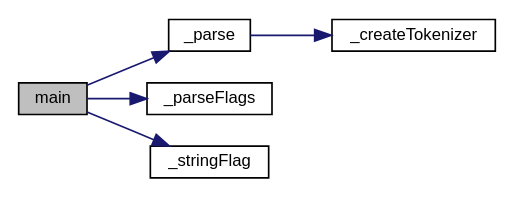
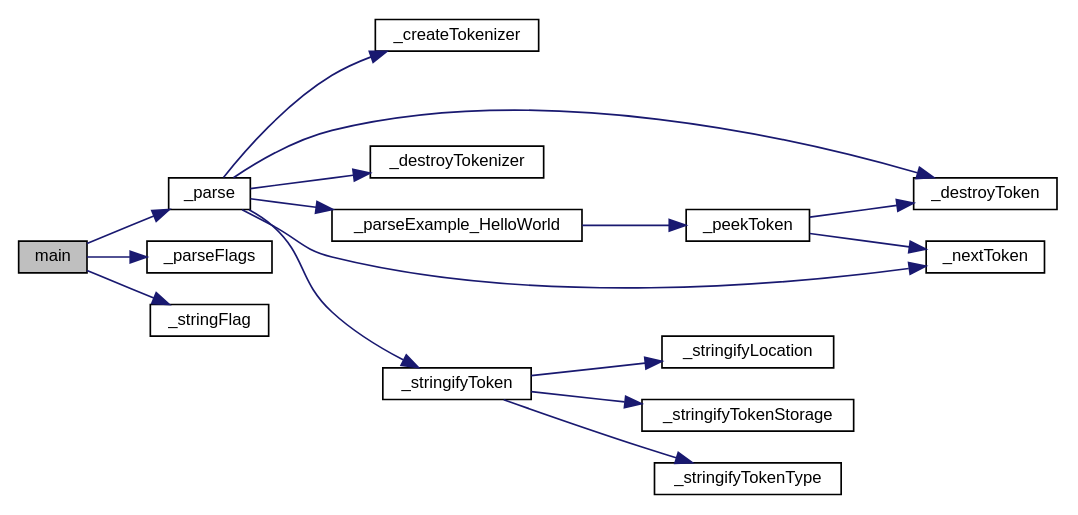
The diagram in docs/corthc.org/d0/d29/main_8c_a3c04138a5bfe5d72780bb7e82a18e627_cgraph.dot (4bstr4ct/corth), drawn with Graphviz before and after one commit. The commit also changed 95 other files, not shown here.

Commit message:
Still worknig on a parser - this time to parse main with return 0 and that's it...

```diff
--- a/docs/corthc.org/d0/d29/main_8c_a3c04138a5bfe5d72780bb7e82a18e627_cgraph.dot
+++ b/docs/corthc.org/d0/d29/main_8c_a3c04138a5bfe5d72780bb7e82a18e627_cgraph.dot
@@ -1,16 +1,36 @@
 digraph "main"
 {
  // LATEX_PDF_SIZE
   edge [fontname="Helvetica",fontsize="10",labelfontname="Helvetica",labelfontsize="10"];
   node [fontname="Helvetica",fontsize="10",shape=record];
   rankdir="LR";
   Node1 [label="main",height=0.2,width=0.4,color="black", fillcolor="grey75", style="filled", fontcolor="black",tooltip=" "];
   Node1 -> Node2 [color="midnightblue",fontsize="10",style="solid",fontname="Helvetica"];
   Node2 [label="_parse",height=0.2,width=0.4,color="black", fillcolor="white", style="filled",URL="$d2/d72/parser_8c.html#aa13b44093a9b4f501c43f640be3790ec",tooltip=" "];
   Node2 -> Node3 [color="midnightblue",fontsize="10",style="solid",fontname="Helvetica"];
   Node3 [label="_createTokenizer",height=0.2,width=0.4,color="black", fillcolor="white", style="filled",URL="$de/d57/group__TOKENIZER.html#ga7bca1d5f232ec0cf9bb4d24dacb9332a",tooltip="Create the tokenizer, read the file and store it's content in a dynamically allocated buffer."];
-  Node1 -> Node4 [color="midnightblue",fontsize="10",style="solid",fontname="Helvetica"];
-  Node4 [label="_parseFlags",height=0.2,width=0.4,color="black", fillcolor="white", style="filled",URL="$d7/df9/group__CFLAG.html#gaf288fe6af161f4c44d91676142c341d8",tooltip="Function _parseFlags() emits first command-line arguments from provided argv array and the rest of th..."];
-  Node1 -> Node5 [color="midnightblue",fontsize="10",style="solid",fontname="Helvetica"];
-  Node5 [label="_stringFlag",height=0.2,width=0.4,color="black", fillcolor="white", style="filled",URL="$d7/df9/group__CFLAG.html#ga0ec9d30f0646f75a4b7338fffc16120f",tooltip="Function _stringFlag() defines a string flag with specified name, default value, and description stri..."];
+  Node2 -> Node4 [color="midnightblue",fontsize="10",style="solid",fontname="Helvetica"];
+  Node4 [label="_destroyToken",height=0.2,width=0.4,color="black", fillcolor="white", style="filled",URL="$db/d58/group__TOKEN.html#ga61edee5614ff6fdcf25a38f93d09e906",tooltip="Destroy and deallocate all dynamically allocated resources for a specified token, thus freeing the me..."];
+  Node2 -> Node5 [color="midnightblue",fontsize="10",style="solid",fontname="Helvetica"];
+  Node5 [label="_destroyTokenizer",height=0.2,width=0.4,color="black", fillcolor="white", style="filled",URL="$de/d57/group__TOKENIZER.html#ga019d7eaeb970ab79e862f22d7e840e48",tooltip="Deallocate and free all tokenizer's resources and fields that were allocated on heap."];
+  Node2 -> Node6 [color="midnightblue",fontsize="10",style="solid",fontname="Helvetica"];
+  Node6 [label="_nextToken",height=0.2,width=0.4,color="black", fillcolor="white", style="filled",URL="$de/d57/group__TOKENIZER.html#ga39cbd7b1504ade8058591b053542eac8",tooltip="Parse and return next token."];
+  Node2 -> Node7 [color="midnightblue",fontsize="10",style="solid",fontname="Helvetica"];
+  Node7 [label="_parseExample_HelloWorld",height=0.2,width=0.4,color="black", fillcolor="white", style="filled",URL="$d2/d72/parser_8c.html#a817ddbff8df162edd9632cd2deca32b4",tooltip=" "];
+  Node7 -> Node8 [color="midnightblue",fontsize="10",style="solid",fontname="Helvetica"];
+  Node8 [label="_peekToken",height=0.2,width=0.4,color="black", fillcolor="white", style="filled",URL="$de/d57/group__TOKENIZER.html#ga429e3baa7b543c51dffef5fc335cd536",tooltip="Parse and peek the next token without moving the parser."];
+  Node8 -> Node4 [color="midnightblue",fontsize="10",style="solid",fontname="Helvetica"];
+  Node8 -> Node6 [color="midnightblue",fontsize="10",style="solid",fontname="Helvetica"];
+  Node2 -> Node9 [color="midnightblue",fontsize="10",style="solid",fontname="Helvetica"];
+  Node9 [label="_stringifyToken",height=0.2,width=0.4,color="black", fillcolor="white", style="filled",URL="$db/d58/group__TOKEN.html#ga64540ed8048da126162d7e49a6fef735",tooltip="Stringify a token with all its fields into a static chars buffer and return a pointer to that buffer'..."];
+  Node9 -> Node10 [color="midnightblue",fontsize="10",style="solid",fontname="Helvetica"];
+  Node10 [label="_stringifyLocation",height=0.2,width=0.4,color="black", fillcolor="white", style="filled",URL="$d0/dad/location_8c.html#ae2ed69fe4522b605e8a7a245e9dd3ec4",tooltip="Stringify a location structure to the format 'file=s, line=d, column=d'."];
+  Node9 -> Node11 [color="midnightblue",fontsize="10",style="solid",fontname="Helvetica"];
+  Node11 [label="_stringifyTokenStorage",height=0.2,width=0.4,color="black", fillcolor="white", style="filled",URL="$db/d58/group__TOKEN.html#ga9b32167937fbc9dccb012b0cd90113c3",tooltip="Stringify token storage."];
+  Node9 -> Node12 [color="midnightblue",fontsize="10",style="solid",fontname="Helvetica"];
+  Node12 [label="_stringifyTokenType",height=0.2,width=0.4,color="black", fillcolor="white", style="filled",URL="$db/d58/group__TOKEN.html#ga23aa0bd700069d91d1bbd40f54f3e3f7",tooltip="Stringify token type."];
+  Node1 -> Node13 [color="midnightblue",fontsize="10",style="solid",fontname="Helvetica"];
+  Node13 [label="_parseFlags",height=0.2,width=0.4,color="black", fillcolor="white", style="filled",URL="$d7/df9/group__CFLAG.html#gaf288fe6af161f4c44d91676142c341d8",tooltip="Function _parseFlags() emits first command-line arguments from provided argv array and the rest of th..."];
+  Node1 -> Node14 [color="midnightblue",fontsize="10",style="solid",fontname="Helvetica"];
+  Node14 [label="_stringFlag",height=0.2,width=0.4,color="black", fillcolor="white", style="filled",URL="$d7/df9/group__CFLAG.html#ga0ec9d30f0646f75a4b7338fffc16120f",tooltip="Function _stringFlag() defines a string flag with specified name, default value, and description stri..."];
 }
```
